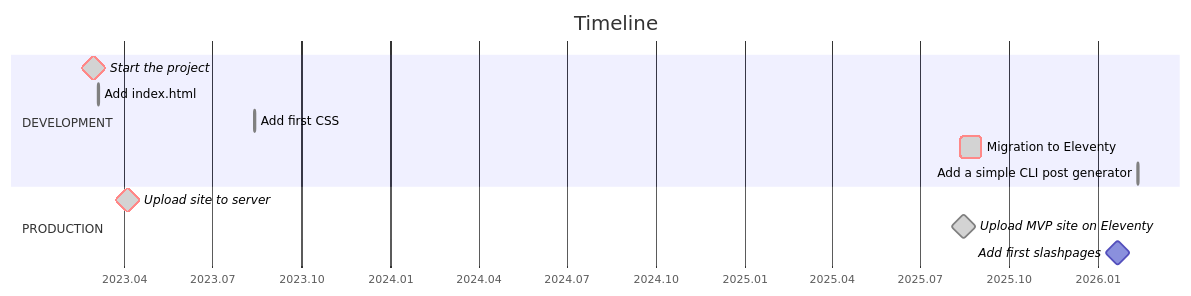
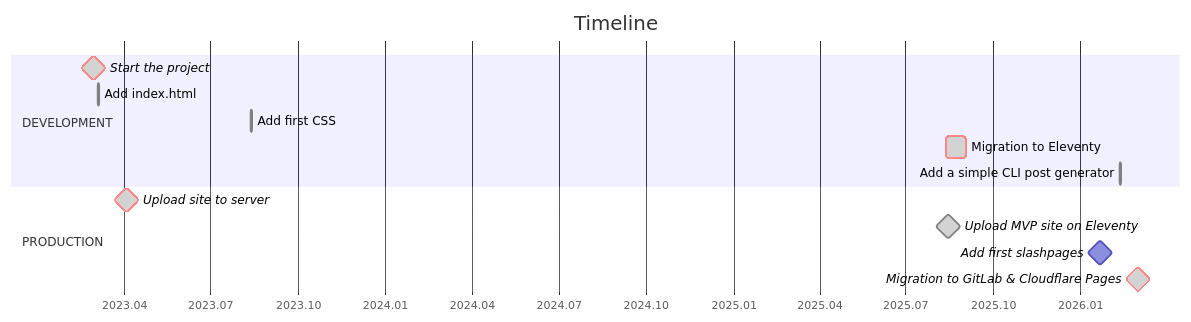
The diagram in README.md (tropintropin/tropin), drawn with Mermaid before and after one commit. The commit also changed other lines of this file, not shown here.

````diff
--- a/README.md
+++ b/README.md
@@ -153,18 +155,19 @@
 ```mermaid
 gantt
 title       Timeline
 dateFormat  YYYY.MM.DD
 axisFormat  %Y.%m
 
 section DEVELOPMENT
 Start the project                     :milestone,             crit, done, 2023.02.28, 0d
 Add index.html                        :done,          html0,              2023.03.05, 1d
 Add first CSS                         :done,          css0,               2023.08.13, 1d
 Migration to Eleventy                 :done,                  crit,       2025.08.12, 2025.09.02
 Add a simple CLI post generator       :done,                              2026.02.11, 1d
 
 section PRODUCTION
 Upload site to server                 :milestone,             crit, done, 2023.04.04, 0d
 Upload MVP site on Eleventy           :milestone,                   done, 2025.08.15, 0d
 Add first slashpages                  :milestone,                         2026.01.21, 0d
+Migration to GitLab & Cloudflare Pages  :milestone,           crit, done, 2026.03.02, 1d
 ```
````
